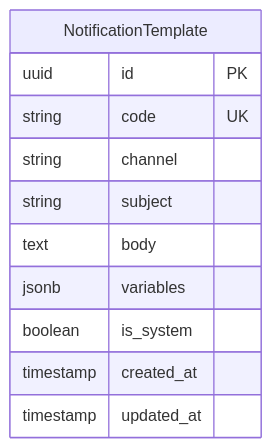
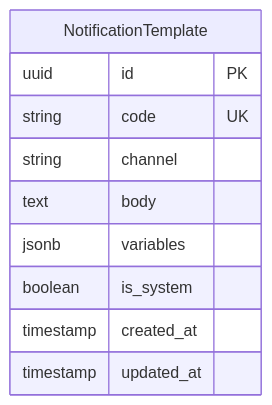
One commit to egorov-ma/aqstream changed diagram 19 of 23 in docs/data/domain-model.md. Above: the diagram before and after it, drawn with Mermaid. The commit also changed other lines of this file and 47 other files, not shown here.

````diff
--- a/docs/data/domain-model.md
+++ b/docs/data/domain-model.md
@@ -492,14 +684,13 @@
 ```mermaid
 erDiagram
     NotificationTemplate {
         uuid id PK
         string code UK
         string channel
-        string subject
         text body
         jsonb variables
         boolean is_system
         timestamp created_at
         timestamp updated_at
     }
 ```
````
